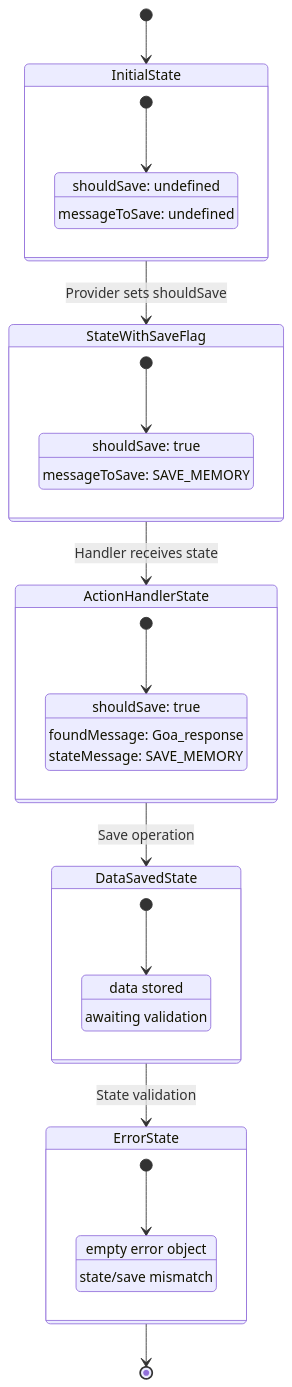
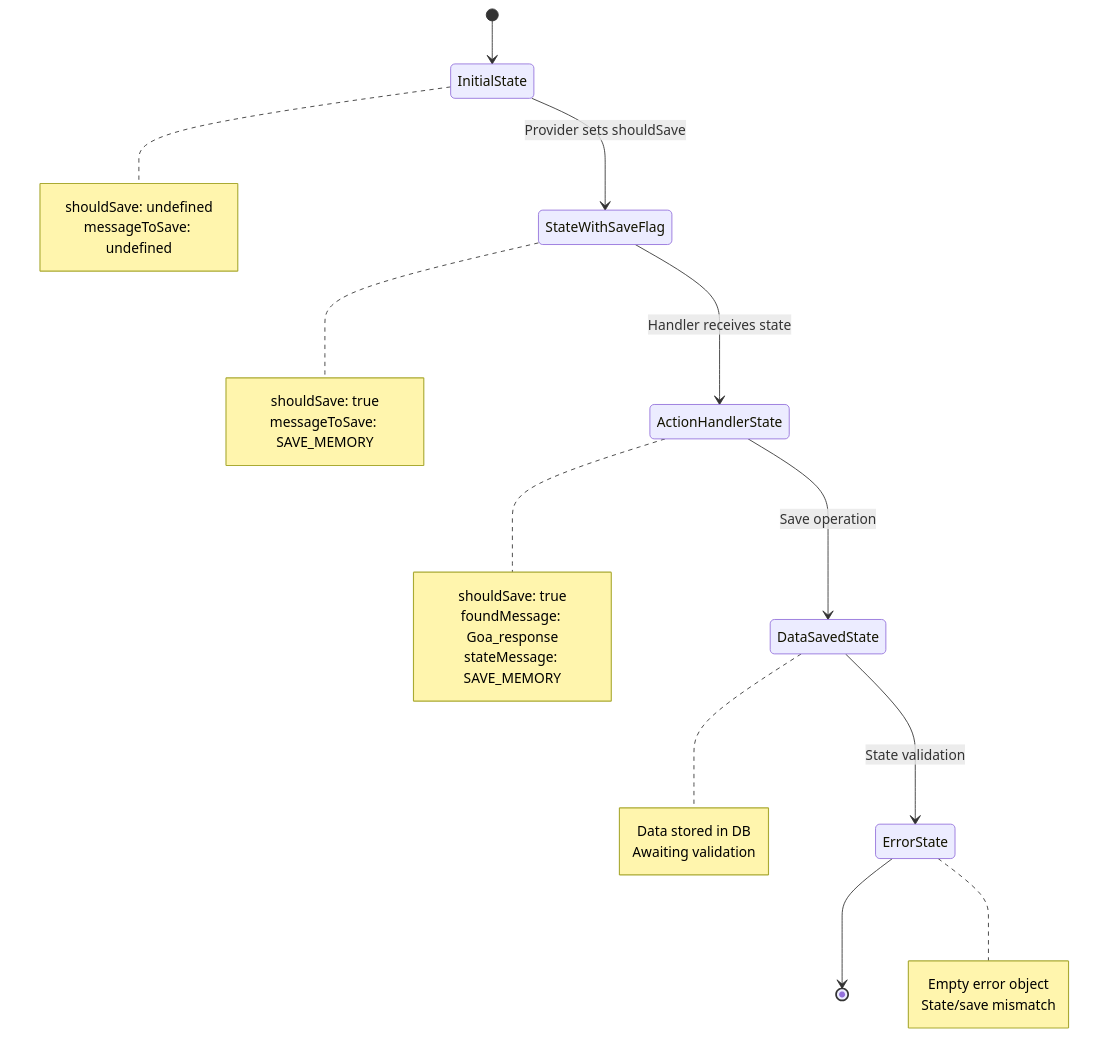
Before and after one commit to metakai1/eliza-ubc: the third of 7 diagrams in packages/plugin-load-database/docs/saveMemoryDebug3.md, drawn with Mermaid.

Commit message:
updatee documentation with flow diagrams saveMemoryDebug3.md

````diff
--- a/packages/plugin-load-database/docs/saveMemoryDebug3.md
+++ b/packages/plugin-load-database/docs/saveMemoryDebug3.md
@@ -57,40 +57,35 @@
 ```mermaid
 stateDiagram-v2
     [*] --> InitialState
     InitialState --> StateWithSaveFlag: Provider sets shouldSave
     StateWithSaveFlag --> ActionHandlerState: Handler receives state
     ActionHandlerState --> DataSavedState: Save operation
     DataSavedState --> ErrorState: State validation
     ErrorState --> [*]
 
-    state "InitialState" as InitialState {
-        [*] --> NoFlags
-        NoFlags: shouldSave: undefined
-        NoFlags: messageToSave: undefined
-    }
+    note right of InitialState
+        shouldSave: undefined
+        messageToSave: undefined
+    end note
 
-    state "StateWithSaveFlag" as StateWithSaveFlag {
-        [*] --> SaveFlagSet
-        SaveFlagSet: shouldSave: true
-        SaveFlagSet: messageToSave: SAVE_MEMORY
-    }
+    note right of StateWithSaveFlag
+        shouldSave: true
+        messageToSave: SAVE_MEMORY
+    end note
 
-    state "ActionHandlerState" as ActionHandlerState {
-        [*] --> HandlerState
-        HandlerState: shouldSave: true
-        HandlerState: foundMessage: Goa_response
-        HandlerState: stateMessage: SAVE_MEMORY
-    }
+    note right of ActionHandlerState
+        shouldSave: true
+        foundMessage: Goa_response
+        stateMessage: SAVE_MEMORY
+    end note
 
-    state "DataSavedState" as DataSavedState {
-        [*] --> SavedState
-        SavedState: data stored
-        SavedState: awaiting validation
-    }
+    note right of DataSavedState
+        Data stored in DB
+        Awaiting validation
+    end note
 
-    state "ErrorState" as ErrorState {
-        [*] --> StateError
-        StateError: empty error object
-        StateError: state/save mismatch
-    }
+    note right of ErrorState
+        Empty error object
+        State/save mismatch
+    end note
 ```
````
